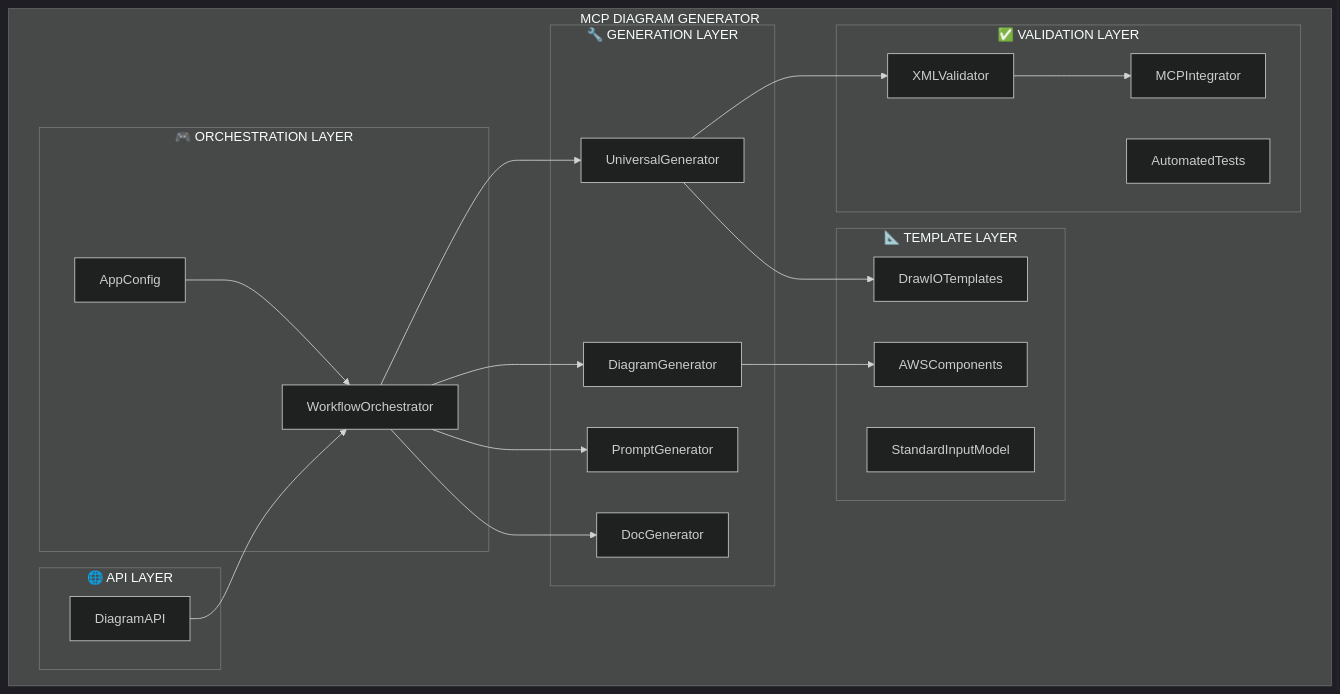
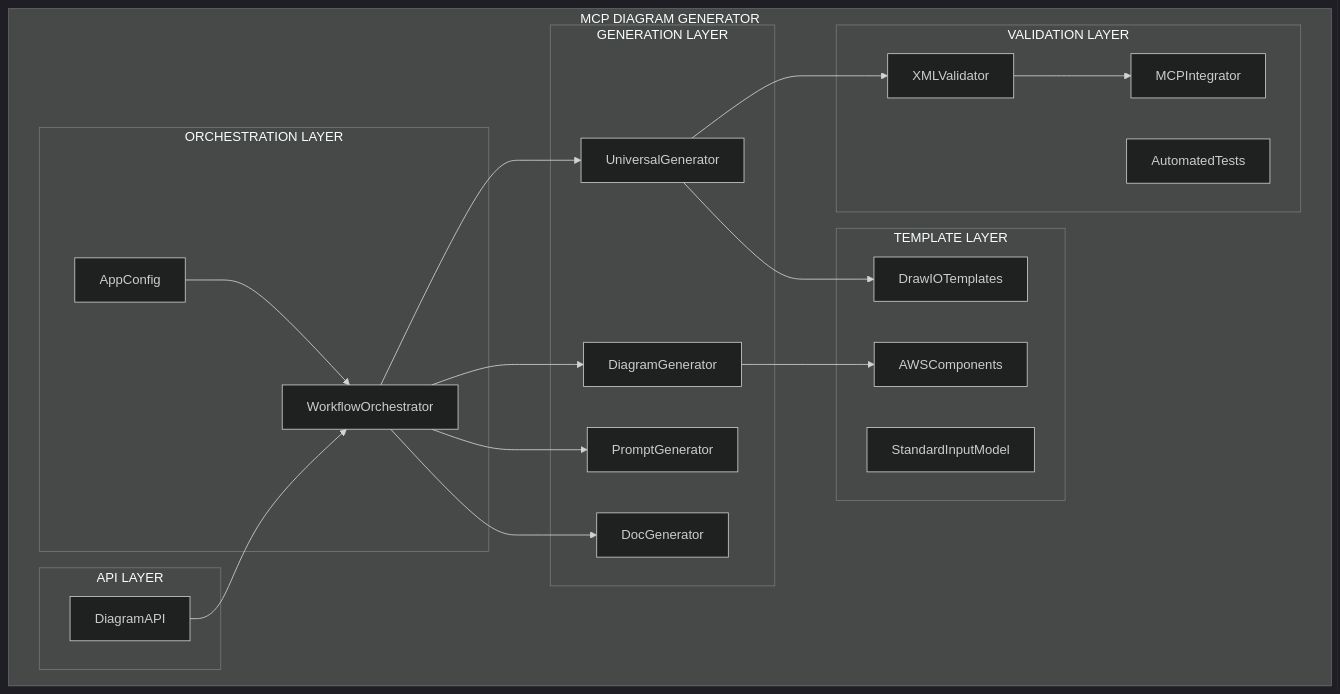
One commit to giovanemere/bmc_propuesta_migracion changed the first of 19 diagrams in docs/ARCHITECTURE_DESIGN.md. Above: the diagram before and after it, drawn with Mermaid (dark theme). The commit also changed 2 other files, not shown here.

Commit message:
docs: Implementation Status - What's Missing Analysis
📊 ANÁLISIS COMPLETO DE IMPLEMENTACIÓN FALTANTE

✅ ESTADO ACTUAL IDENTIFICADO:
- Solo 2/11 archivos generados (18% completado)
- 0 PNG, 0 DrawIO, 0 Prompts MD, 0 Docs MD
- Configuración dinámica funciona correctamente
- WorkflowOrchestrator ejecuta pero generadores fallan

🔥 PROBLEMAS CRÍTICOS IDENTIFICADOS:
1. Imports relativos fallan en workflow_orchestrator.py
2. DiagramGenerator existe pero no genera PNG reales
3. UniversalGenerator no convierte MCP → DrawIO
4. PromptGenerator no crea archivos MD
5. DocGenerator no genera documentación

📋 PLAN DE IMPLEMENTACIÓN DETALLADO:
- Fase 1: Arreglar imports (30 min)
- Fase 2: DiagramGenerator PNG real (2-3h)
- Fase 3: UniversalGenerator DrawIO (2-3h)
- Fase 4: Generadores de contenido (2-4h)
- Fase 5: Validación end-to-end (1-2h)

🎯 OBJETIVO CLARO:
Generar 11 archivos reales:
- 4 PNG con diagrams library
- 1 DrawIO con mxgraph.aws4
- 3 Prompts MD especializados
- 4 Documentos MD técnicos

⏱️ ESTIMACIÓN: 1-2 días trabajo completo
🚀 PRÓXIMO PASO: Arreglar imports inmediatamente

````diff
--- a/docs/ARCHITECTURE_DESIGN.md
+++ b/docs/ARCHITECTURE_DESIGN.md
@@ -9,48 +9,48 @@
 ```mermaid
 graph TB
     subgraph "MCP DIAGRAM GENERATOR"
-        subgraph "🎮 ORCHESTRATION LAYER"
+        subgraph "ORCHESTRATION LAYER"
             WO[WorkflowOrchestrator]
             AC[AppConfig]
         end
         
-        subgraph "🔧 GENERATION LAYER"
+        subgraph "GENERATION LAYER"
             UG[UniversalGenerator]
             DG[DiagramGenerator]
             PG[PromptGenerator]
             DOC[DocGenerator]
         end
         
-        subgraph "✅ VALIDATION LAYER"
+        subgraph "VALIDATION LAYER"
             XV[XMLValidator]
             MI[MCPIntegrator]
             AT[AutomatedTests]
         end
         
-        subgraph "📐 TEMPLATE LAYER"
+        subgraph "TEMPLATE LAYER"
             DT[DrawIOTemplates]
             AWS[AWSComponents]
             SIM[StandardInputModel]
         end
         
-        subgraph "🌐 API LAYER"
+        subgraph "API LAYER"
             API[DiagramAPI]
         end
     end
     
     WO --> UG
     WO --> DG
     WO --> PG
     WO --> DOC
     
     UG --> XV
     UG --> DT
     
     DG --> AWS
     
     AC --> WO
     
     XV --> MI
     
     API --> WO
 ```
````
